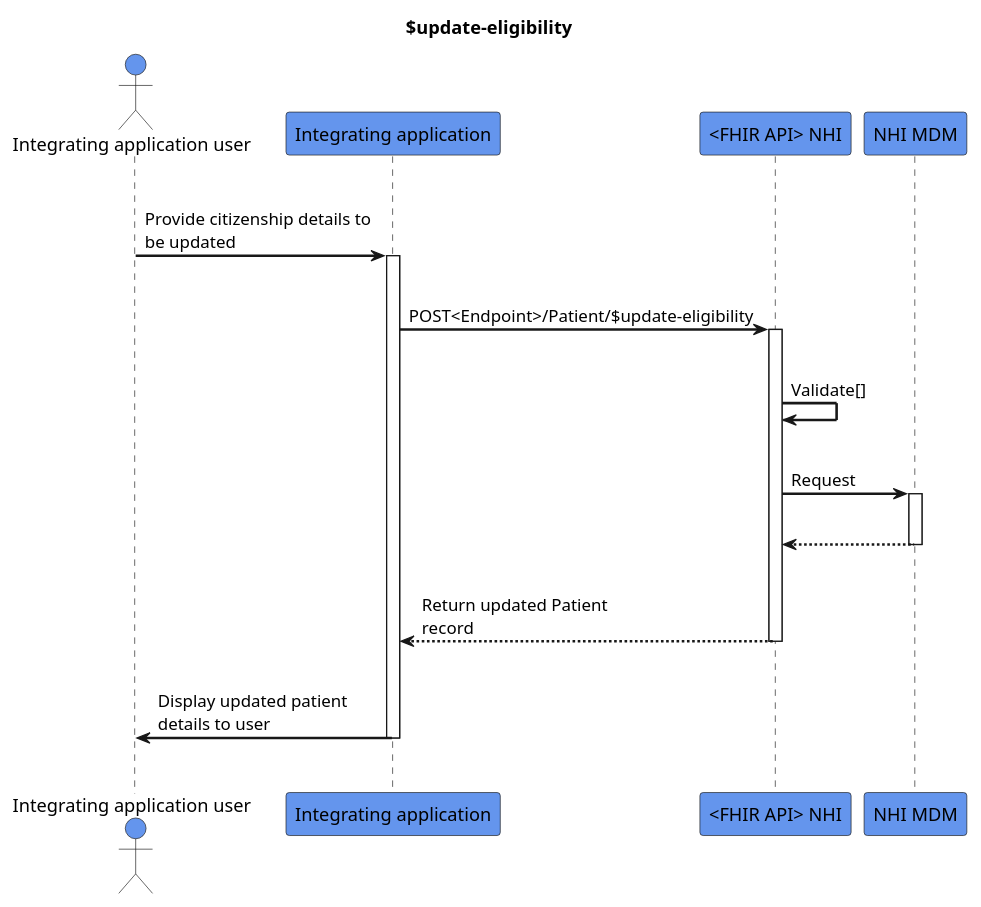
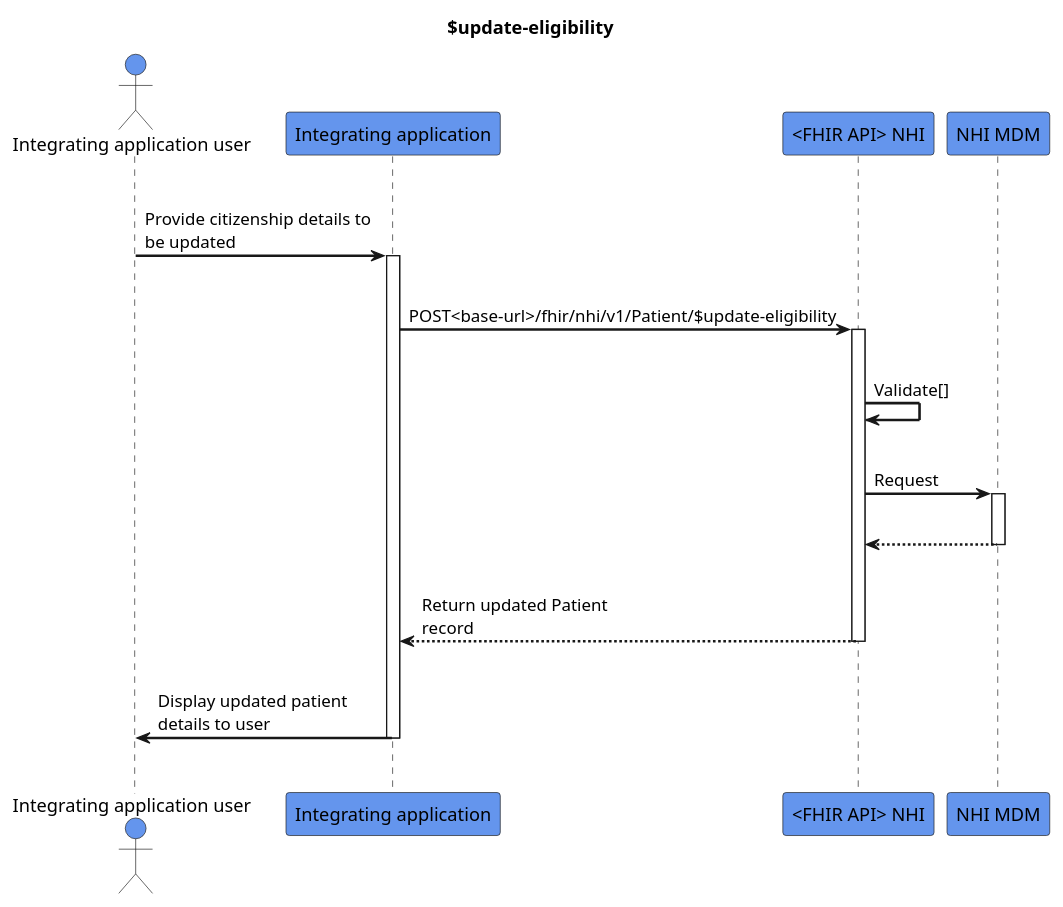
One commit to HL7NZ/nhi changed the diagram in input/images-source/update-eligibility.plantuml. Above: the diagram before and after it, drawn with PlantUML.

```diff
--- a/input/images-source/update-eligibility.plantuml
+++ b/input/images-source/update-eligibility.plantuml
@@ -1,32 +1,32 @@
 @startuml
 skinparam sequenceArrowThickness 2
 skinparam roundcorner 5
 skinparam maxmessagesize 180
 skinparam sequenceParticipant bold
 title $update-eligibility
 actor "Integrating application user" as User #CornflowerBlue
 participant "Integrating application" as A #CornflowerBlue
 participant "<FHIR API> NHI" as B #CornflowerBlue
 participant "NHI MDM" as C #CornflowerBlue
 |||
 User -> A: Provide citizenship details to be updated
 activate A
 |||
-A -> B: POST<Endpoint>/Patient/$update-eligibility
+A -> B: POST<base-url>/fhir/nhi/v1/Patient/$update-eligibility
 activate B
 |||
 B -> B: Validate[]
 |||
 B -> C: Request
 activate C
 |||
 C -[dashed]-> B
 deactivate C
 |||
 B -[dashed]-> A: Return updated Patient record
 deactivate B
 |||
 A -> User: Display updated patient details to user
 deactivate A
 |||
 @enduml
```
